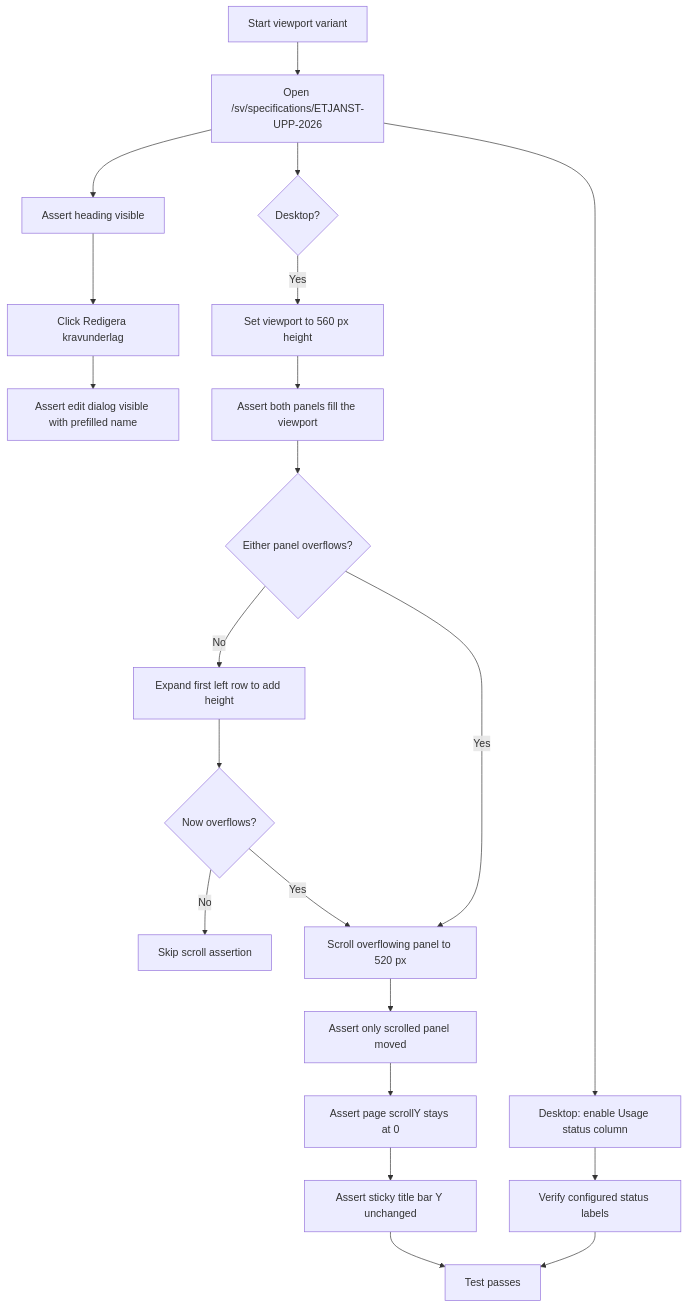
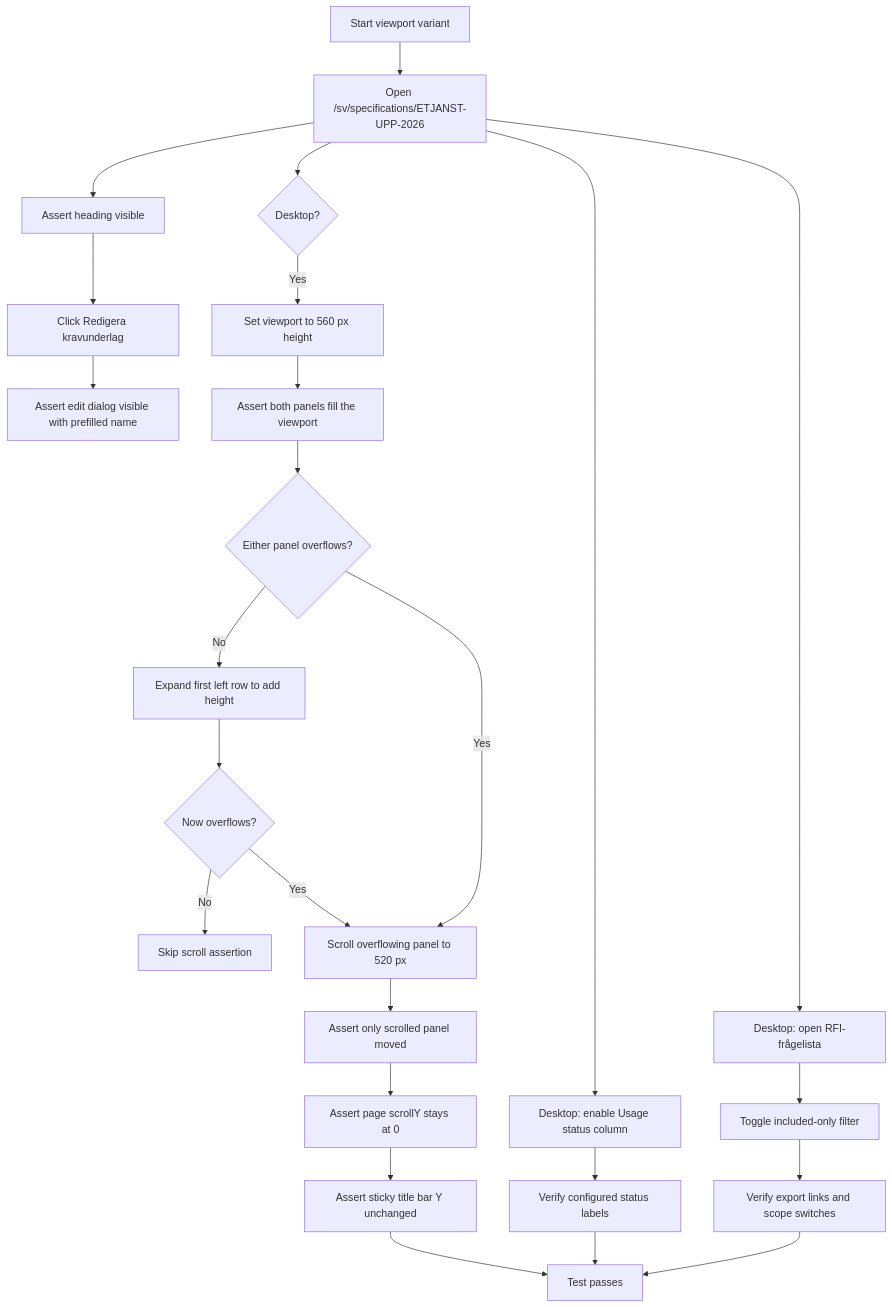
The first of 5 diagrams in tests/integration/requirements-specification-detail.md (viscalyx/Kravhantering), drawn with Mermaid before and after one commit. The commit also changed other lines of this file and 31 other files, not shown here.

````diff
--- a/tests/integration/requirements-specification-detail.md
+++ b/tests/integration/requirements-specification-detail.md
@@ -30,23 +31,27 @@
 ```mermaid
 flowchart TD
     A[Start viewport variant] --> B[Open /sv/specifications/ETJANST-UPP-2026]
     B --> C[Assert heading visible]
     C --> D[Click Redigera kravunderlag]
     D --> E[Assert edit dialog visible with prefilled name]
     B --> F{Desktop?}
     F -- Yes --> G[Set viewport to 560 px height]
     G --> H[Assert both panels fill the viewport]
     H --> I{Either panel overflows?}
     I -- No --> J[Expand first left row to add height]
     J --> K{Now overflows?}
     K -- No --> L[Skip scroll assertion]
     K -- Yes --> M[Scroll overflowing panel to 520 px]
     I -- Yes --> M
     M --> N[Assert only scrolled panel moved]
     N --> O[Assert page scrollY stays at 0]
     O --> P[Assert sticky title bar Y unchanged]
     B --> Q[Desktop: enable Usage status column]
     Q --> R[Verify configured status labels]
-    P --> S[Test passes]
-    R --> S
+    B --> S[Desktop: open RFI-frågelista]
+    S --> T[Toggle included-only filter]
+    T --> U[Verify export links and scope switches]
+    P --> V[Test passes]
+    R --> V
+    U --> V
 ```
````
